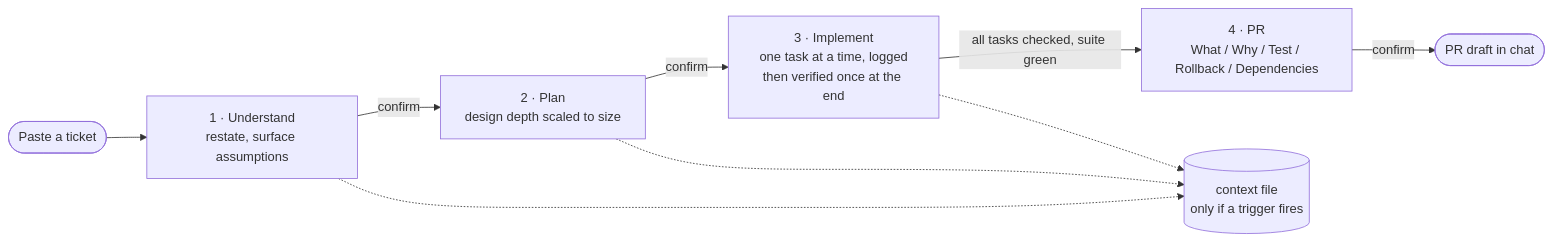
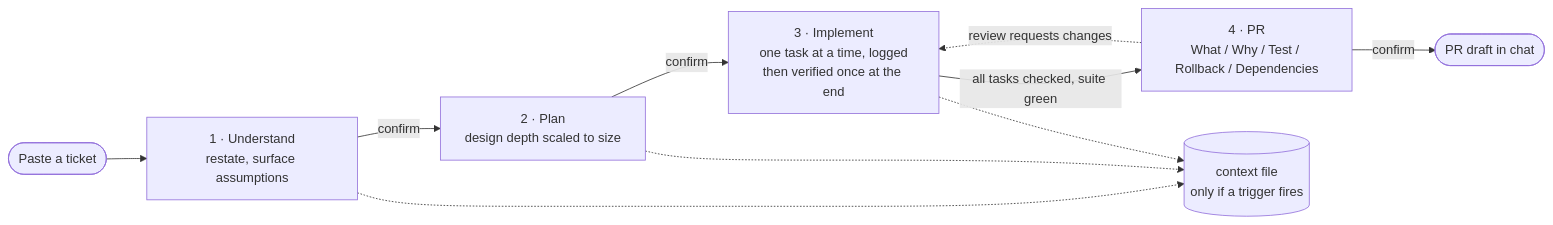
One commit to alias01/breadcrumbs changed the first of 2 diagrams in README.md. Above: the diagram before and after it, drawn with Mermaid. The commit also changed other lines of this file and 12 other files, not shown here.

````diff
--- a/README.md
+++ b/README.md
@@ -32,13 +33,14 @@
 ```mermaid
 flowchart LR
     T([Paste a ticket]) --> S1["1 · Understand<br/>restate, surface assumptions"]
     S1 -- confirm --> S2["2 · Plan<br/>design depth scaled to size"]
     S2 -- confirm --> S3["3 · Implement<br/>one task at a time, logged<br/>then verified once at the end"]
     S3 -- all tasks checked, suite green --> S4["4 · PR<br/>What / Why / Test / Rollback / Dependencies"]
     S4 -- confirm --> D([PR draft in chat])
+    S4 -. review requests changes .-> S3
 
     S1 -.-> G
     S2 -.-> G
     S3 -.-> G
     G[(context file<br/>only if a trigger fires)]
 ```
````
